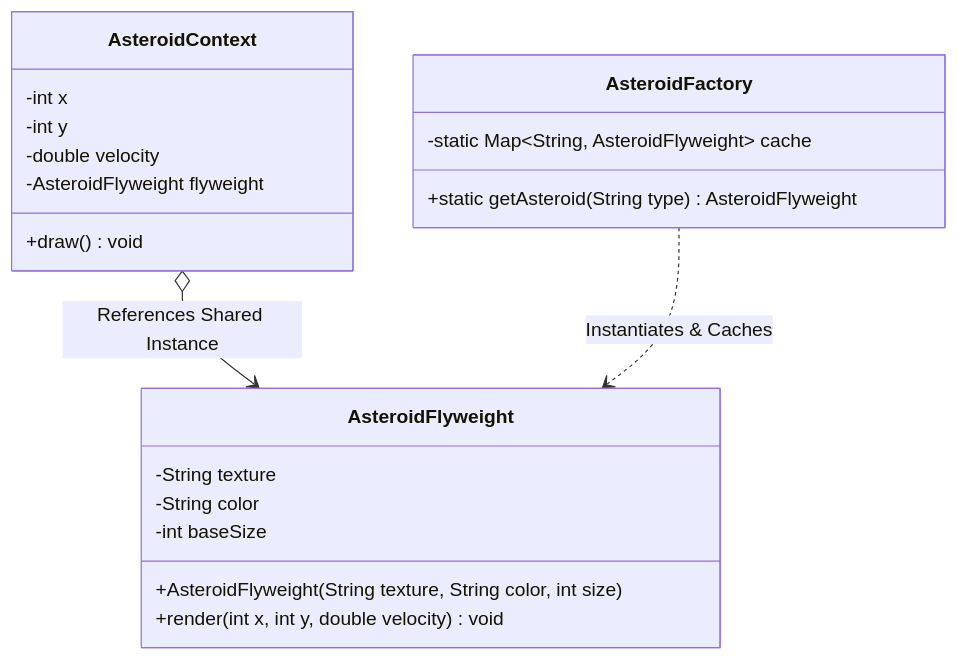
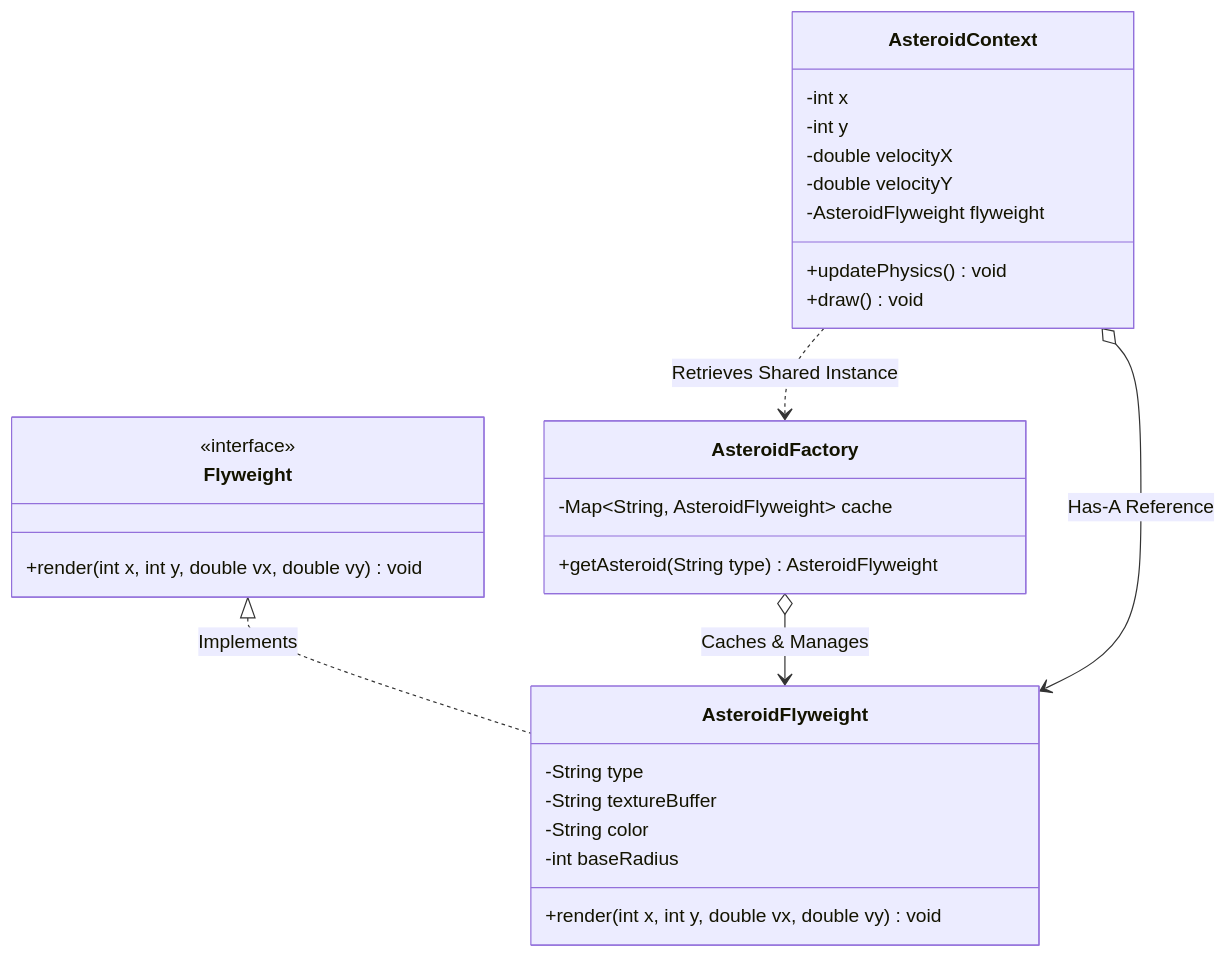
The second of 2 diagrams in 04-OOPs-and-Design-Patterns/03-Design-Patterns/30-Flyweight-Design-Pattern.md (rohithgowda18/Notes), drawn with Mermaid before and after one commit. The commit also changed other lines of this file and 30 other files, not shown here.

````diff
--- a/04-OOPs-and-Design-Patterns/03-Design-Patterns/30-Flyweight-Design-Pattern.md
+++ b/04-OOPs-and-Design-Patterns/03-Design-Patterns/30-Flyweight-Design-Pattern.md
@@ -51,26 +57,35 @@
 ```mermaid
 classDiagram
+    class Flyweight {
+        <<interface>>
+        +render(int x, int y, double vx, double vy) void
+    }
+
     class AsteroidFlyweight {
-        -String texture
+        -String type
+        -String textureBuffer
         -String color
-        -int baseSize
-        +AsteroidFlyweight(String texture, String color, int size)
-        +render(int x, int y, double velocity) void
+        -int baseRadius
+        +render(int x, int y, double vx, double vy) void
     }
 
     class AsteroidFactory {
-        -static Map~String, AsteroidFlyweight~ cache
-        +static getAsteroid(String type) AsteroidFlyweight
+        -Map~String, AsteroidFlyweight~ cache
+        +getAsteroid(String type) AsteroidFlyweight
     }
 
     class AsteroidContext {
         -int x
         -int y
-        -double velocity
+        -double velocityX
+        -double velocityY
         -AsteroidFlyweight flyweight
+        +updatePhysics() void
         +draw() void
     }
 
-    AsteroidContext o--> AsteroidFlyweight : References Shared Instance
-    AsteroidFactory ..> AsteroidFlyweight : Instantiates & Caches
+    Flyweight <|.. AsteroidFlyweight : Implements
+    AsteroidFactory o--> AsteroidFlyweight : Caches & Manages
+    AsteroidContext o--> AsteroidFlyweight : Has-A Reference
+    AsteroidContext ..> AsteroidFactory : Retrieves Shared Instance
 ```
````
